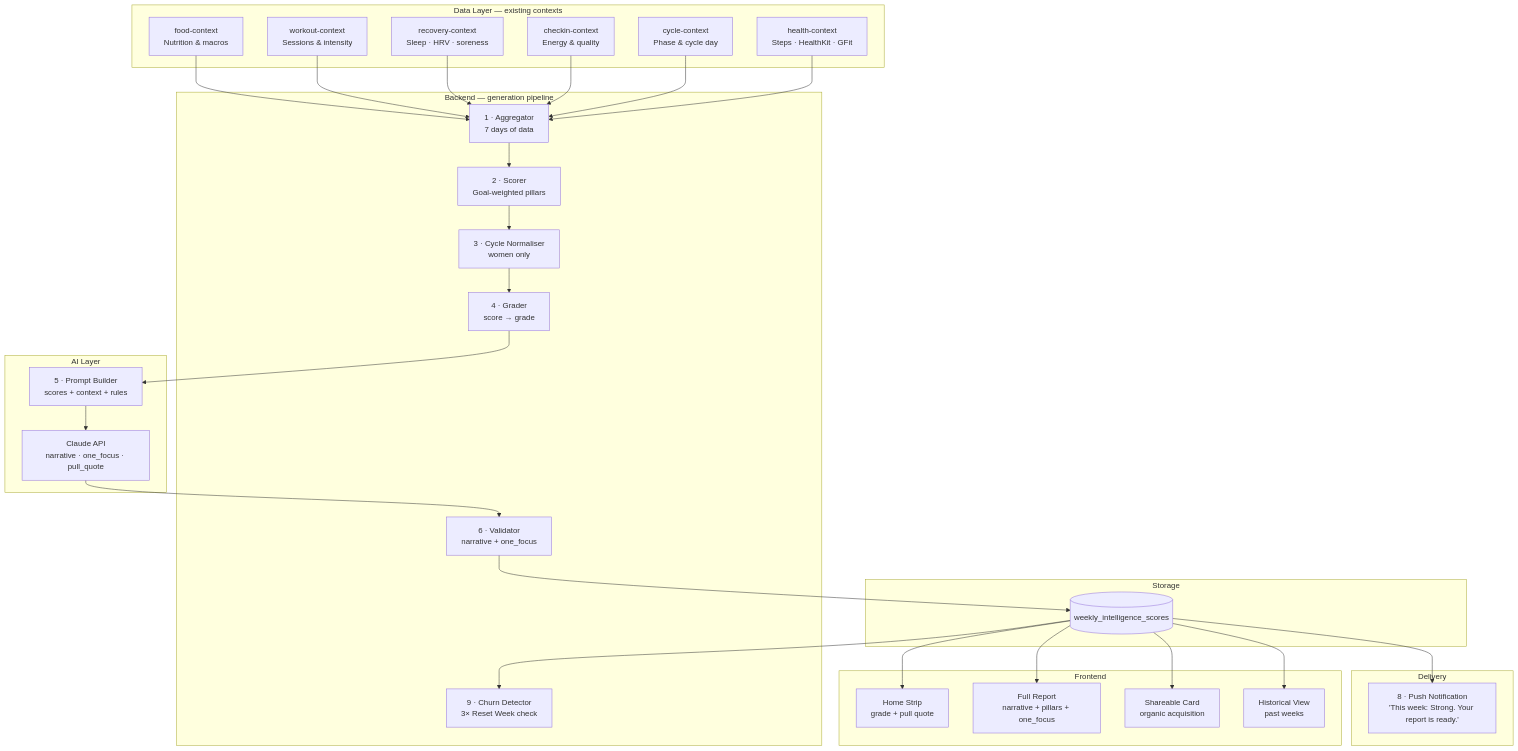
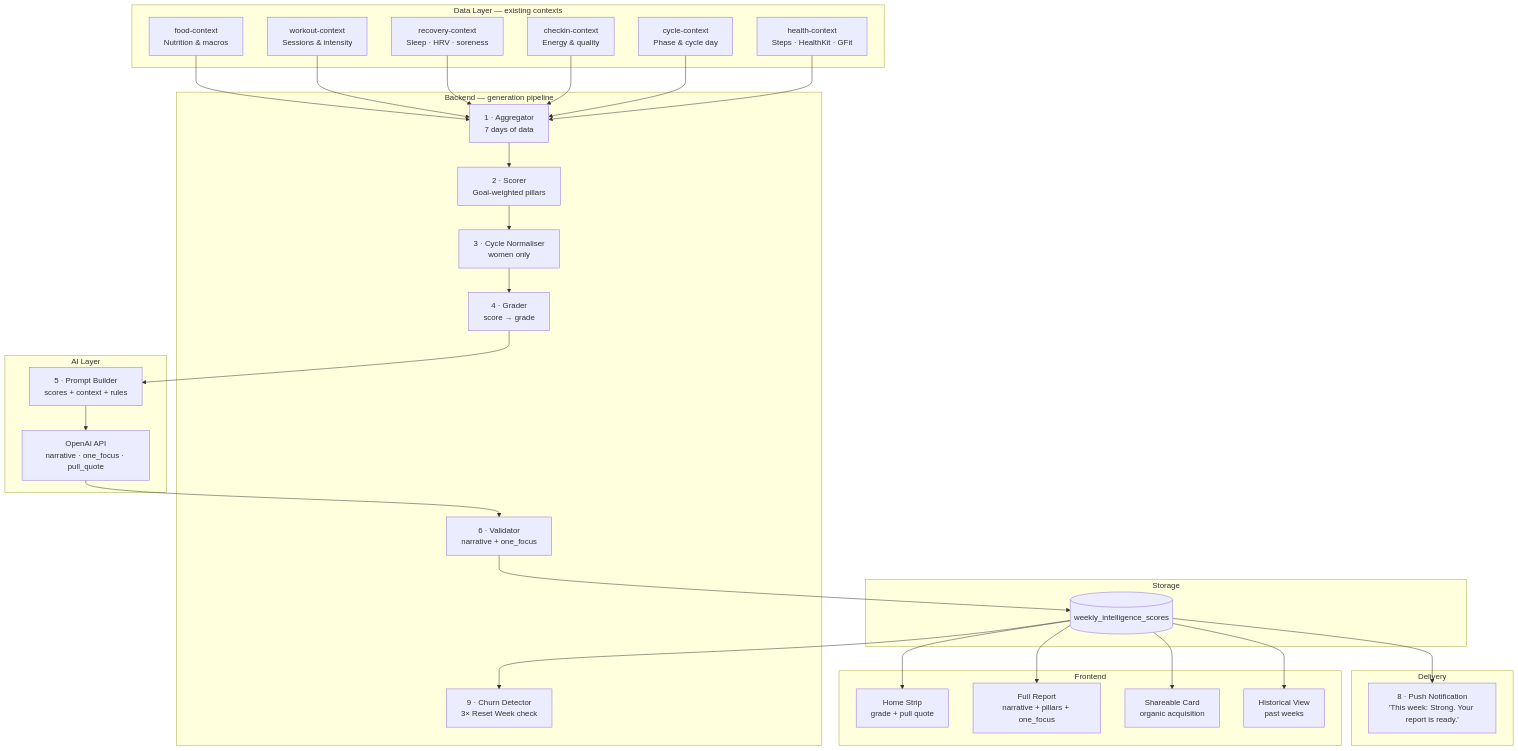
One commit to OlubodeMichael/RoundFit changed the first of 4 diagrams in docs/ris-architecture.md. Above: the diagram before and after it, drawn with Mermaid. The commit also changed other lines of this file and 1 other file, not shown here.

Commit message:
added score color to recovery widget

````diff
--- a/docs/ris-architecture.md
+++ b/docs/ris-architecture.md
@@ -113,47 +113,47 @@
 ```mermaid
 graph TB
     subgraph DATA ["Data Layer — existing contexts"]
         FC["food-context\nNutrition & macros"]
         WC["workout-context\nSessions & intensity"]
         RC["recovery-context\nSleep · HRV · soreness"]
         CC["checkin-context\nEnergy & quality"]
         CYC["cycle-context\nPhase & cycle day"]
         HC["health-context\nSteps · HealthKit · GFit"]
     end
 
     subgraph BACKEND ["Backend — generation pipeline"]
         AGG["1 · Aggregator\n7 days of data"]
         SCORE["2 · Scorer\nGoal-weighted pillars"]
         NORM["3 · Cycle Normaliser\nwomen only"]
         GRADE["4 · Grader\nscore → grade"]
         VAL["6 · Validator\nnarrative + one_focus"]
         CHURN["9 · Churn Detector\n3× Reset Week check"]
     end
 
     subgraph AI ["AI Layer"]
         PROMPT["5 · Prompt Builder\nscores + context + rules"]
-        CLAUDE["Claude API\nnarrative · one_focus · pull_quote"]
+        OPENAI["OpenAI API\nnarrative · one_focus · pull_quote"]
     end
 
     subgraph STORAGE ["Storage"]
         DB[("weekly_intelligence_scores")]
     end
 
     subgraph DELIVERY ["Delivery"]
         PUSH["8 · Push Notification\n'This week: Strong. Your report is ready.'"]
     end
 
     subgraph FRONTEND ["Frontend"]
         HOME["Home Strip\ngrade + pull quote"]
         REPORT["Full Report\nnarrative + pillars + one_focus"]
         SHARE["Shareable Card\norganic acquisition"]
         HISTORY["Historical View\npast weeks"]
     end
 
     FC & WC & RC & CC & CYC & HC --> AGG
-    AGG --> SCORE --> NORM --> GRADE --> PROMPT --> CLAUDE --> VAL
+    AGG --> SCORE --> NORM --> GRADE --> PROMPT --> OPENAI --> VAL
     VAL --> DB
     DB --> PUSH
     DB --> HOME & REPORT & SHARE & HISTORY
     DB --> CHURN
 ```
````
